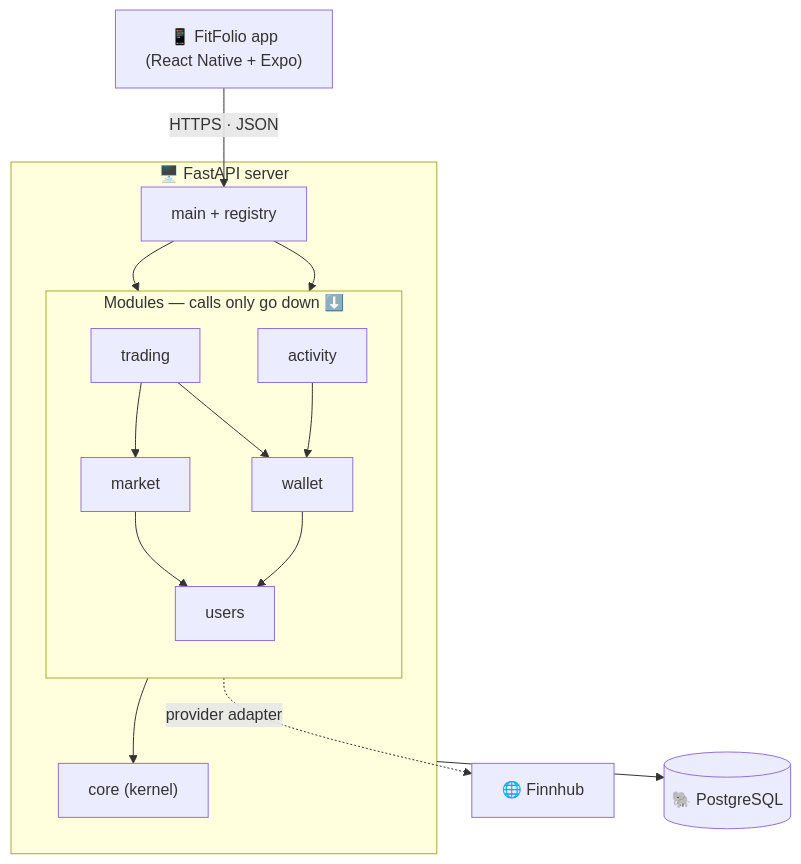
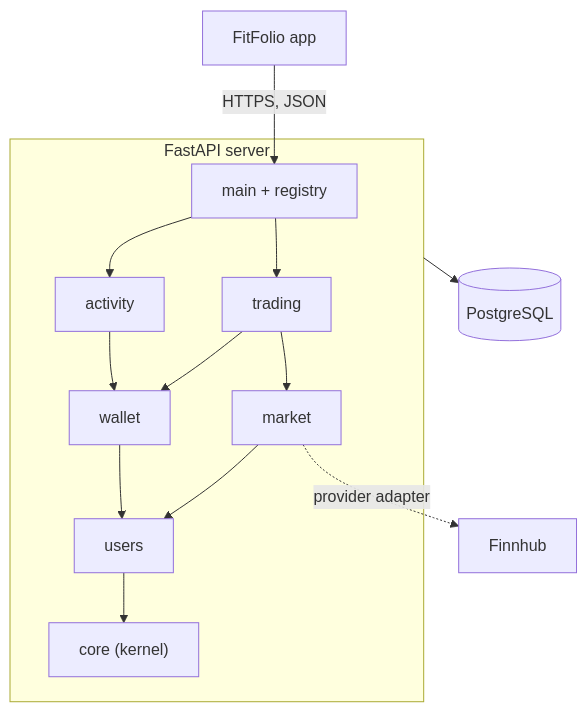
The diagram in README.md (davislenover/BurnNEarn), drawn with Mermaid before and after one commit. The commit also changed other lines of this file, not shown here.

````diff
--- a/README.md
+++ b/README.md
@@ -121,26 +80,20 @@
 ```mermaid
 flowchart TB
-    phone["📱 FitFolio app<br/>(React Native + Expo)"]
-    phone -- "HTTPS · JSON" --> main
-
-    subgraph server["🖥️ FastAPI server"]
+    phone["FitFolio app"] -- "HTTPS, JSON" --> main
+    subgraph server["FastAPI server"]
         main["main + registry"]
-        subgraph mods["Modules — calls only go down ⬇️"]
-            direction TB
-            trading["trading"]
-            activity["activity"]
-            market["market"]
-            wallet["wallet"]
-            users["users"]
-        end
+        trading["trading"]
+        activity["activity"]
+        market["market"]
+        wallet["wallet"]
+        users["users"]
         core["core (kernel)"]
         main --> trading & activity
         trading --> market & wallet
         activity --> wallet
         market & wallet --> users
         users --> core
     end
-
-    market -. "provider adapter" .-> finnhub["🌐 Finnhub"]
-    server --> db[("🐘 PostgreSQL")]
+    market -. "provider adapter" .-> finnhub["Finnhub"]
+    server --> db[("PostgreSQL")]
 ```
````
